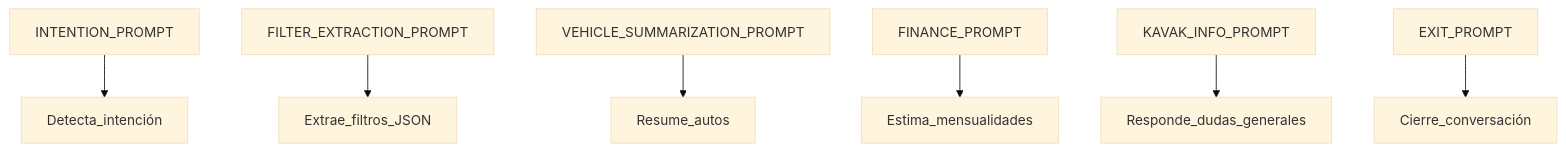
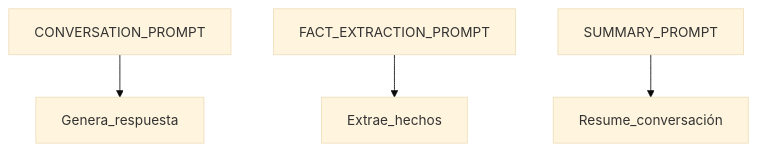
One commit to delta-develop/kabot changed the first of 2 diagrams in README.md. Above: the diagram before and after it, drawn with Mermaid (base theme). The commit also changed other lines of this file and 36 other files, not shown here.

````diff
--- a/README.md
+++ b/README.md
@@ -162,9 +157,6 @@
 ```mermaid
 graph TD
-  P1[INTENTION_PROMPT] --> Detecta_intención
-  P2[FILTER_EXTRACTION_PROMPT] --> Extrae_filtros_JSON
-  P3[VEHICLE_SUMMARIZATION_PROMPT] --> Resume_autos
-  P4[FINANCE_PROMPT] --> Estima_mensualidades
-  P5[KAVAK_INFO_PROMPT] --> Responde_dudas_generales
-  P6[EXIT_PROMPT] --> Cierre_conversación
+  P1[CONVERSATION_PROMPT] --> Genera_respuesta
+  P2[FACT_EXTRACTION_PROMPT] --> Extrae_hechos
+  P3[SUMMARY_PROMPT] --> Resume_conversación
 ```
````
